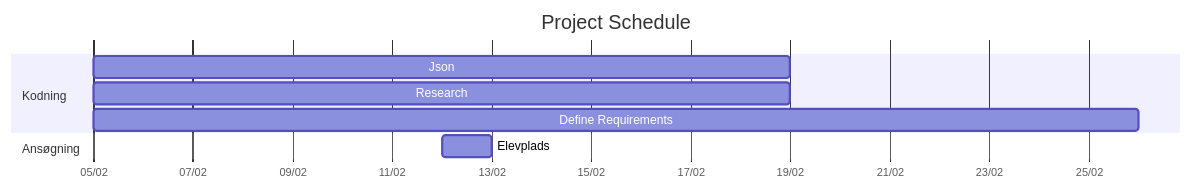
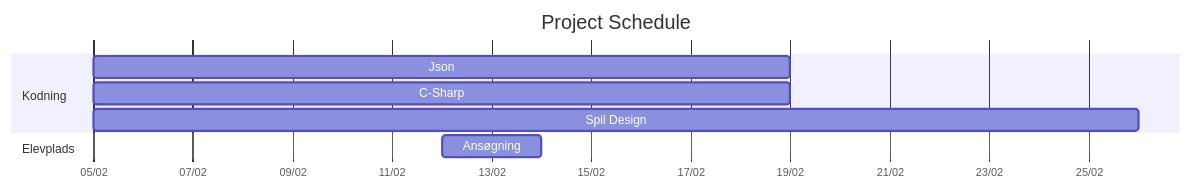
One commit to Napow-git/TEC-P1 changed the diagram in README.md. Above: the diagram before and after it, drawn with Mermaid.

````diff
--- a/README.md
+++ b/README.md
@@ -3,27 +3,27 @@
 ```mermaid
 
 gantt
 
     title Project Schedule
 
     dateFormat DD-MM-YYYY
 
     axisFormat %d/%m
 
  
 
     section Kodning
 
     Json: 05-02-2024, 14d
 
-    Research : 05-02-2024, 14d
+    C-Sharp : 05-02-2024, 14d
 
-    Define Requirements : 05-02-2024, 21d
+    Spil Design : 05-02-2024, 21d
 
  
 
-    section Ansøgning
+    section Elevplads
 
-    Elevplads : 12-02-2024, 1d
+    Ansøgning : 12-02-2024, 2d
 
 ```
````
